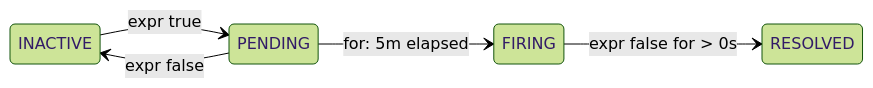
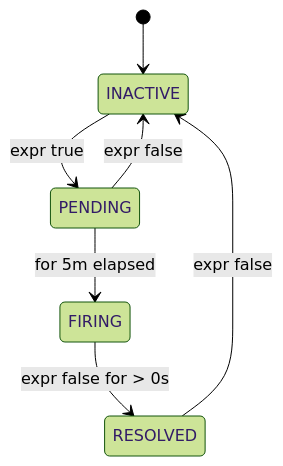
Before and after one commit to kube-dojo/kube-dojo: the second of 4 diagrams in src/content/docs/k8s/pca/module-1.2-instrumentation-alerting.md, drawn with Mermaid (forest theme). The commit also changed other lines of this file, not shown here.

````diff
--- a/src/content/docs/k8s/pca/module-1.2-instrumentation-alerting.md
+++ b/src/content/docs/k8s/pca/module-1.2-instrumentation-alerting.md
@@ -603,8 +670,9 @@
 ```mermaid
 stateDiagram-v2
-    direction LR
+    [*] --> INACTIVE
     INACTIVE --> PENDING : expr true
-    PENDING --> FIRING : for: 5m elapsed
+    PENDING --> INACTIVE : expr false
+    PENDING --> FIRING : for 5m elapsed
     FIRING --> RESOLVED : expr false for > 0s
-    PENDING --> INACTIVE : expr false
+    RESOLVED --> INACTIVE : expr false
 ```
````
